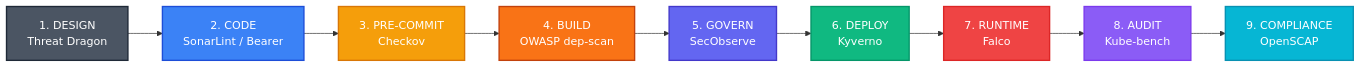
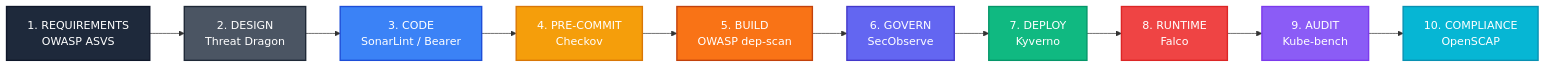
Before and after one commit to dimk1301/Guides: the first of 3 diagrams in DevSecOps-Guide.md, drawn with Mermaid. The commit also changed other lines of this file, not shown here.

First line of the commit message:
Revise DevSecOps guide with updated security framework

````diff
--- a/DevSecOps-Guide.md
+++ b/DevSecOps-Guide.md
@@ -38,22 +34,24 @@
 ```mermaid
 flowchart LR
-    1[1. DESIGN<br/>Threat Dragon] --> 2[2. CODE<br/>SonarLint / Bearer]
-    2 --> 3[3. PRE-COMMIT<br/>Checkov]
-    3 --> 4[4. BUILD<br/>OWASP dep-scan]
-    4 --> 5[5. GOVERN<br/>SecObserve]
-    5 --> 6[6. DEPLOY<br/>Kyverno]
-    6 --> 7[7. RUNTIME<br/>Falco]
-    7 --> 8[8. AUDIT<br/>Kube-bench]
-    8 --> 9[9. COMPLIANCE<br/>OpenSCAP]
+    1[1. REQUIREMENTS<br/>OWASP ASVS] --> 2[2. DESIGN<br/>Threat Dragon]
+    2 --> 3[3. CODE<br/>SonarLint / Bearer]
+    3 --> 4[4. PRE-COMMIT<br/>Checkov]
+    4 --> 5[5. BUILD<br/>OWASP dep-scan]
+    5 --> 6[6. GOVERN<br/>SecObserve]
+    6 --> 7[7. DEPLOY<br/>Kyverno]
+    7 --> 8[8. RUNTIME<br/>Falco]
+    8 --> 9[9. AUDIT<br/>Kube-bench]
+    9 --> 10[10. COMPLIANCE<br/>OpenSCAP]
 
-    style 1 fill:#4B5563,stroke:#1F2937,stroke-width:2px,color:#fff
-    style 2 fill:#3B82F6,stroke:#1D4ED8,stroke-width:2px,color:#fff
-    style 3 fill:#F59E0B,stroke:#D97706,stroke-width:2px,color:#fff
-    style 4 fill:#F97316,stroke:#C2410C,stroke-width:2px,color:#fff
-    style 5 fill:#6366F1,stroke:#4338CA,stroke-width:2px,color:#fff
-    style 6 fill:#10B981,stroke:#059669,stroke-width:2px,color:#fff
-    style 7 fill:#EF4444,stroke:#DC2626,stroke-width:2px,color:#fff
-    style 8 fill:#8B5CF6,stroke:#7C3AED,stroke-width:2px,color:#fff
-    style 9 fill:#06B6D4,stroke:#0891B2,stroke-width:2px,color:#fff
+    style 1 fill:#1E293B,stroke:#0F172A,stroke-width:2px,color:#fff
+    style 2 fill:#4B5563,stroke:#1F2937,stroke-width:2px,color:#fff
+    style 3 fill:#3B82F6,stroke:#1D4ED8,stroke-width:2px,color:#fff
+    style 4 fill:#F59E0B,stroke:#D97706,stroke-width:2px,color:#fff
+    style 5 fill:#F97316,stroke:#C2410C,stroke-width:2px,color:#fff
+    style 6 fill:#6366F1,stroke:#4338CA,stroke-width:2px,color:#fff
+    style 7 fill:#10B981,stroke:#059669,stroke-width:2px,color:#fff
+    style 8 fill:#EF4444,stroke:#DC2626,stroke-width:2px,color:#fff
+    style 9 fill:#8B5CF6,stroke:#7C3AED,stroke-width:2px,color:#fff
+    style 10 fill:#06B6D4,stroke:#0891B2,stroke-width:2px,color:#fff
 
 ```
````
